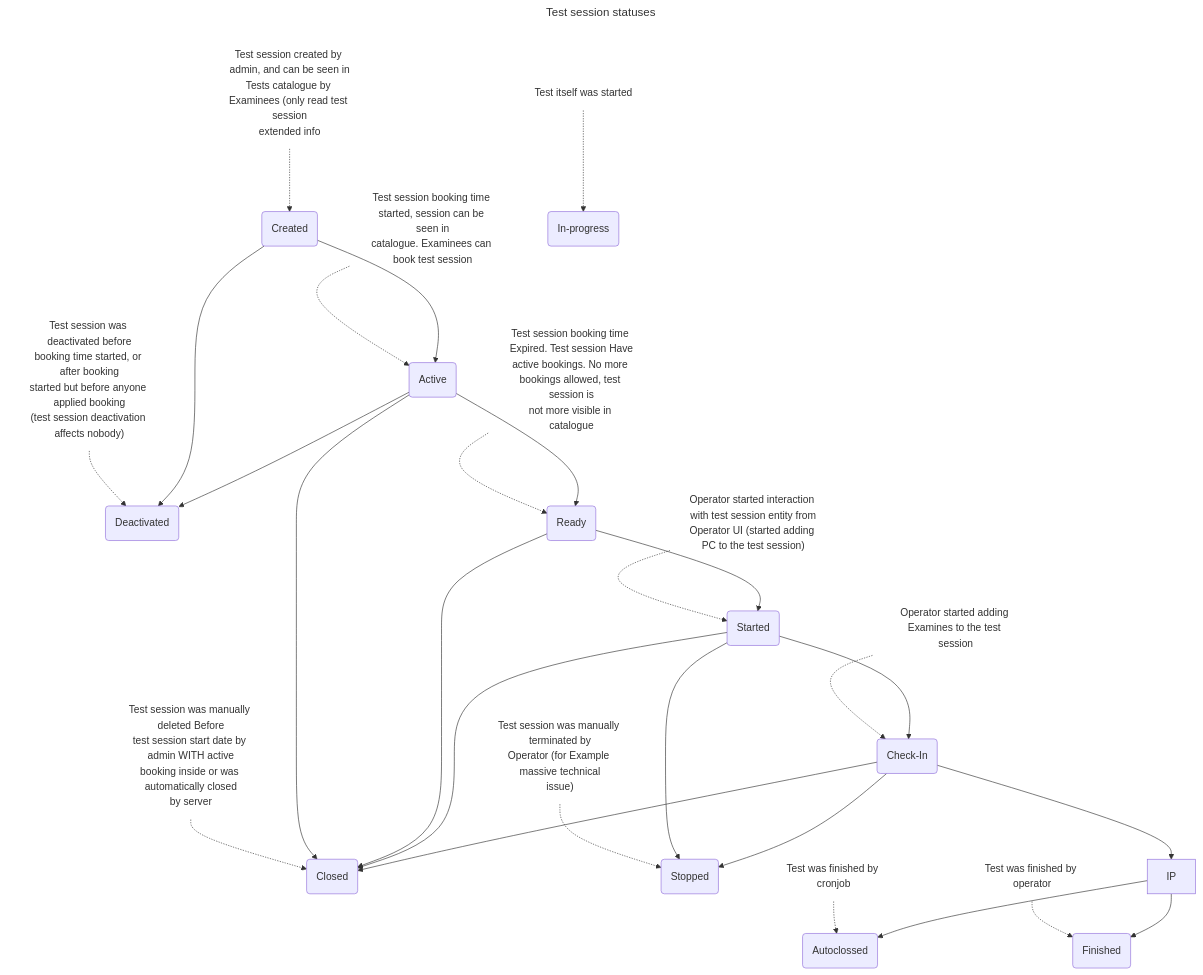
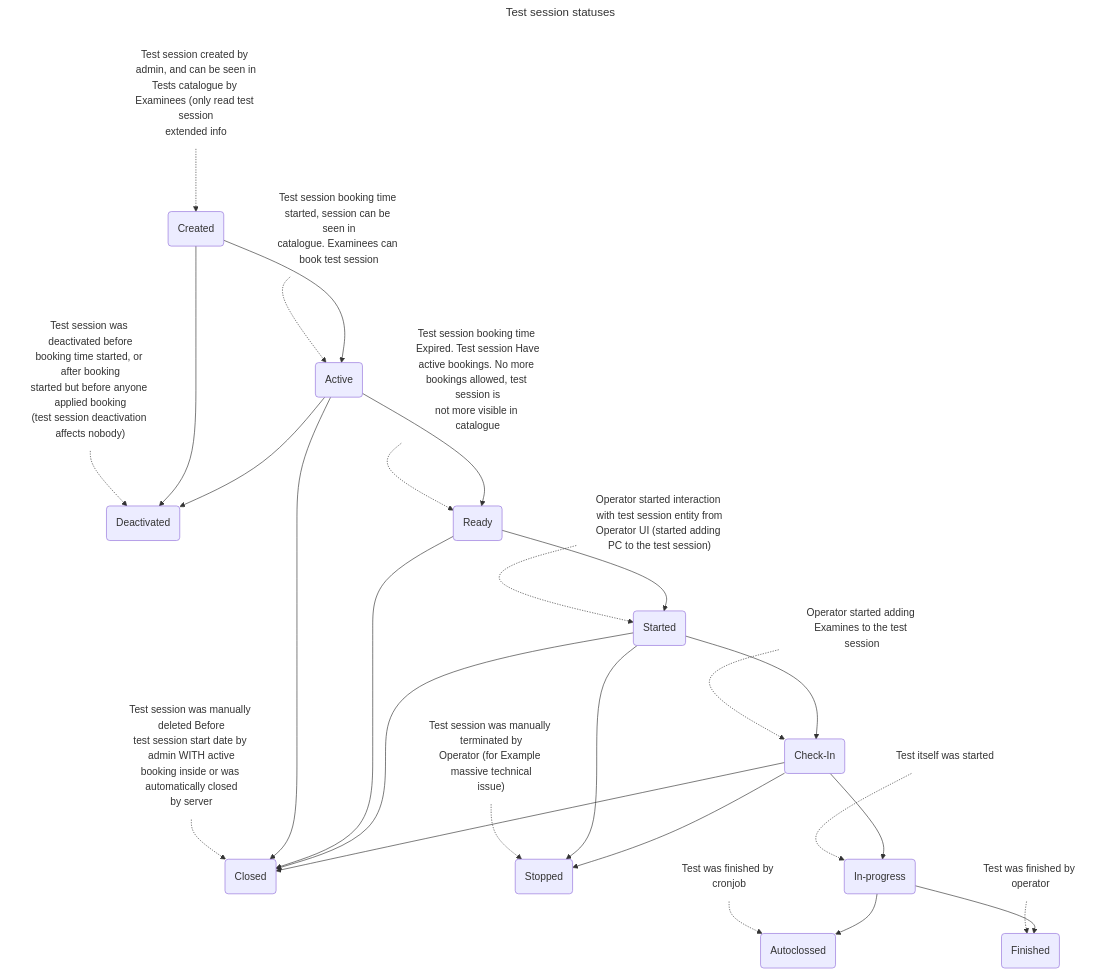
The second of 3 diagrams in README.md (PavelBui/AtlasVault), drawn with Mermaid before and after one commit.

Commit message:
Updated Mermaid

````diff
--- a/README.md
+++ b/README.md
@@ -65,33 +65,33 @@
 ```mermaid
 ---
 title: Test session statuses
 ---
 graph TD
   TC["Test session created by admin, and can be seen in<br>Tests catalogue by Examinees (only read test session<br>extended info"]:::noBorder-.->C(Created)
   TD["Test session was deactivated before<br>booking time started, or after booking<br>started but before anyone applied booking<br>(test session deactivation affects nobody)"]:::noBorder-.->D(Deactivated)
   TA["Test session booking time started, session can be seen in<br>catalogue. Examinees can book test session"]:::noBorder-.->A(Active)
   TCL["Test session was manually deleted Before<br>test session start date by admin WITH active<br>booking inside or was automatically closed<br>by server"]:::noBorder-.->CL(Closed)
   TR["Test session booking time Expired. Test session Have<br>active bookings. No more bookings allowed, test session is<br>not more visible in catalogue"]:::noBorder-.->R(Ready)
   TS["Operator started interaction with test session entity from<br>Operator UI (started adding PC to the test session)"]:::noBorder-.->S(Started)
   TCI["Operator started adding Examines to the test session"]:::noBorder-.->CI(Check-In)
   TST["Test session was manually terminated by<br>Operator (for Example massive technical<br>issue)"]:::noBorder-.->ST(Stopped)
-  TIP["Test itself was started"]:::noBorder-.->IT(In-progress)
+  TIP["Test itself was started"]:::noBorder-.->IP(In-progress)
   TAC["Test was finished by cronjob"]:::noBorder-.->AC(Autoclossed)
   TF["Test was finished by operator"]:::noBorder-.->F(Finished)
   C-->D;
   C-->A;
   A-->D;
   A-->CL;
   A-->R;
   R-->CL;
   R-->S;
   S-->CL;
   S-->CI;
   CI-->CL;
   S-->ST;
   CI-->ST;
   CI-->IP;
   IP-->AC;
   IP-->F;
   classDef noBorder stroke-width:0,fill:transparent;
 ```
````
